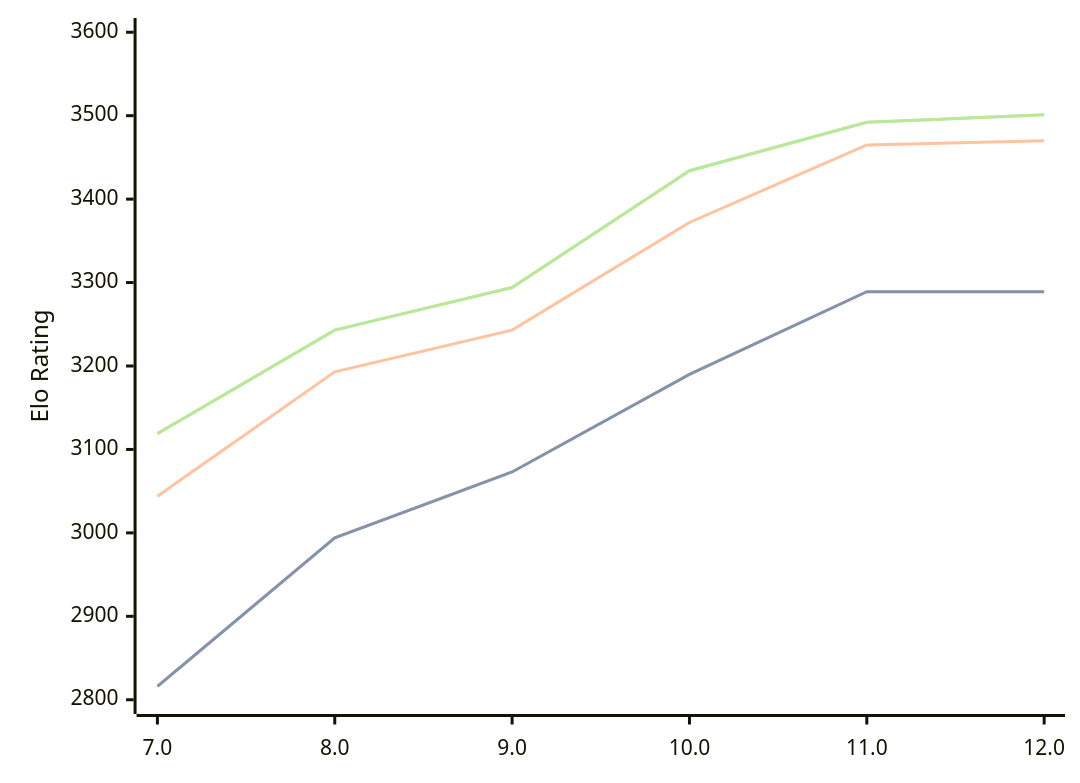
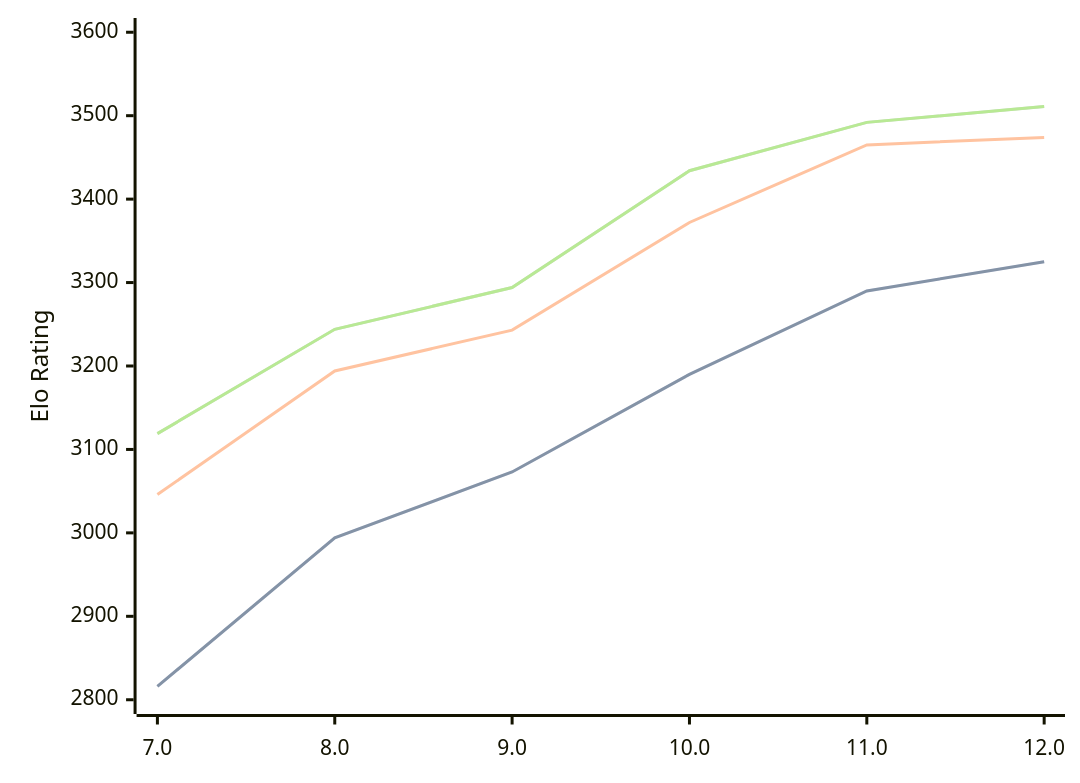
Before and after one commit to computer-chess-index/cci: the diagram in engines/Tcheran.md, drawn with Mermaid. The commit also changed other lines of this file, not shown here.

Commit message:
Update CCI Ratings (ELO VLTC) - 2026-05-15

````diff
--- a/engines/Tcheran.md
+++ b/engines/Tcheran.md
@@ -50,11 +50,11 @@
 ```mermaid
 %%{init: {"theme":"base","themeVariables":{"seriesColors:['#a3a3a3','#222221','#faa371']}}}%%
 xychart-beta
   x-axis ["7.0", "8.0", "9.0", "10.0", "11.0", "12.0"]
   y-axis "Elo Rating" 2800 --> 3600
-  line "STC (8.0+0.08s)" [2816, 2994, 3073, 3190, 3289, 3289]
-  line "STC (8.0+0.08s)" [2816, 2994, 3073, 3190, 3289, 3289]
-  line "LTC (60.0+0.60s)" [3044, 3193, 3243, 3372, 3465, 3470]
-  line "VLTC (2m24s+1.12s)" [3119, 3243, 3294, 3434, 3492, 3501]
-  line "VLTC (2m24s+1.12s)" [3119, 3243, 3294, 3434, 3492, 3501]
+  line "STC (8.0+0.08s)" [2816, 2994, 3073, 3190, 3290, 3325]
+  line "STC (8.0+0.08s)" [2816, 2994, 3073, 3190, 3290, 3325]
+  line "LTC (60.0+0.60s)" [3046, 3194, 3243, 3372, 3465, 3474]
+  line "VLTC (2m24s+1.12s)" [3119, 3244, 3294, 3434, 3492, 3511]
+  line "VLTC (2m24s+1.12s)" [3119, 3244, 3294, 3434, 3492, 3511]
 ```
````
